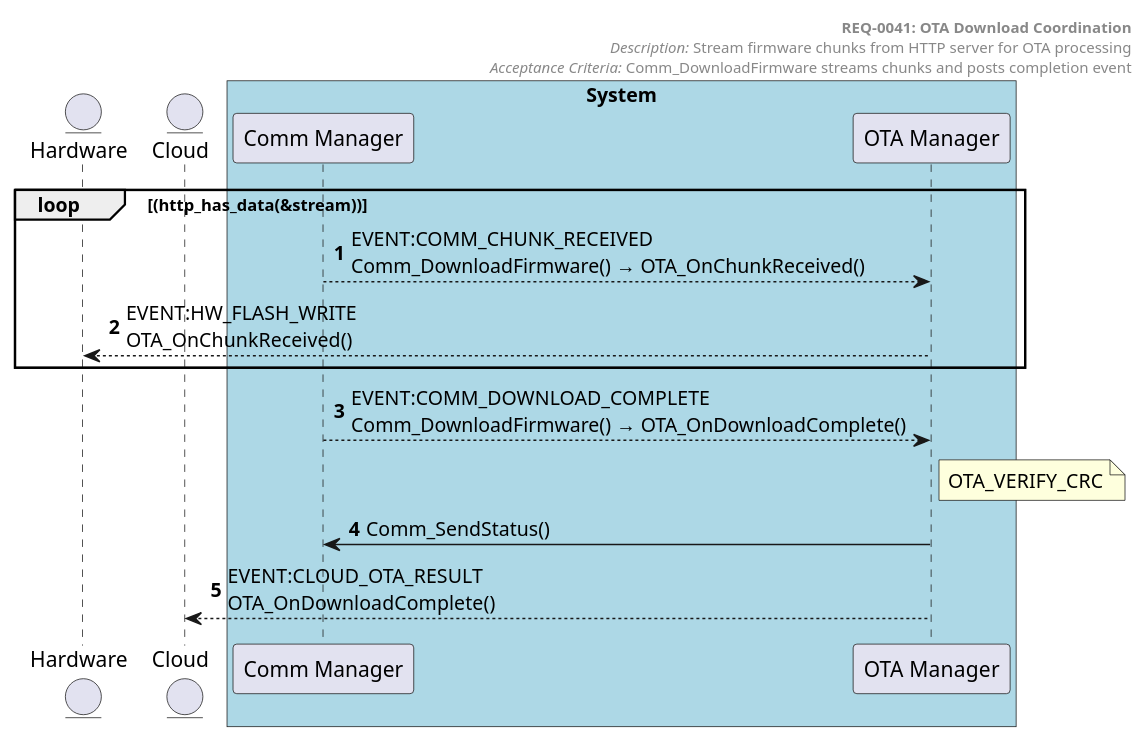
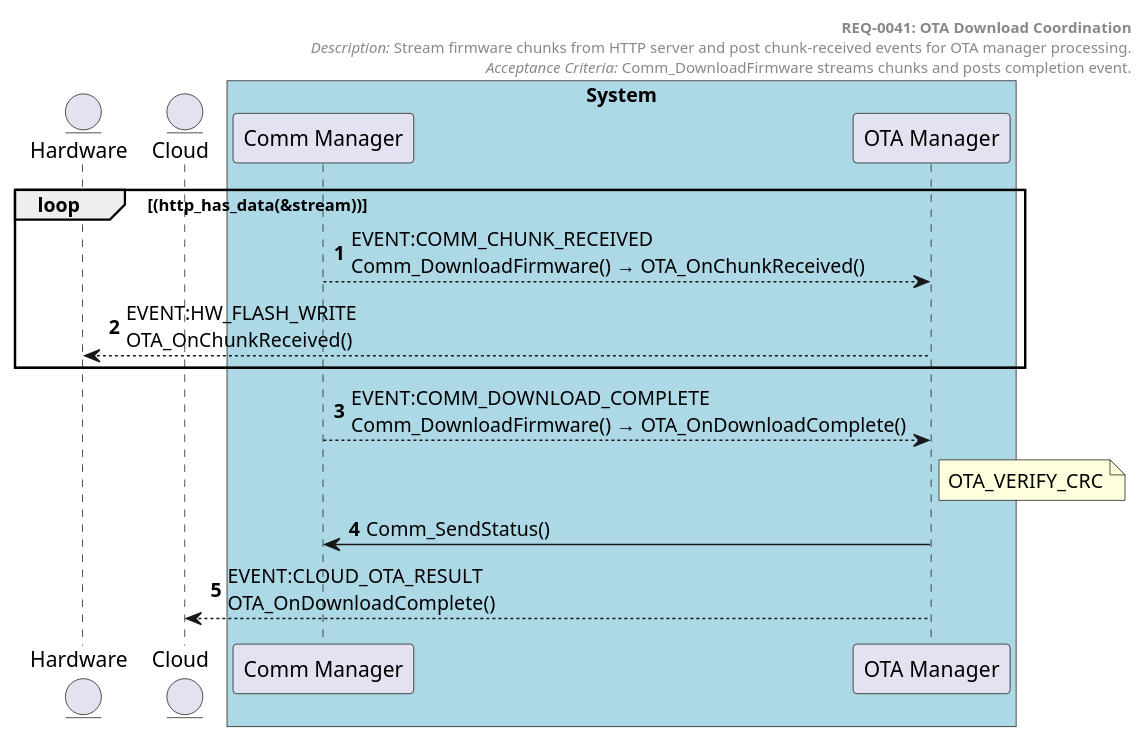
The diagram in docs/generated/sequences/REQ-0041.puml (tvanfossen/doxygen-guard-example), drawn with PlantUML before and after one commit. The commit also changed 19 other files, not shown here.

```diff
--- a/docs/generated/sequences/REQ-0041.puml
+++ b/docs/generated/sequences/REQ-0041.puml
@@ -1,28 +1,28 @@
 @startuml REQ-0041 OTA Download Coordination
 autonumber
 
 entity "Hardware" as Hardware
 entity "Cloud" as Cloud
 
 box "System" #LightBlue
   participant "Comm Manager" as Comm_Manager
   participant "OTA Manager" as OTA_Manager
 end box
 
 header
   **REQ-0041: OTA Download Coordination**
-  //Description:// Stream firmware chunks from HTTP server for OTA processing
-  //Acceptance Criteria:// Comm_DownloadFirmware streams chunks and posts completion event
+  //Description:// Stream firmware chunks from HTTP server and post chunk-received events for OTA manager processing.
+  //Acceptance Criteria:// Comm_DownloadFirmware streams chunks and posts completion event.
 end header
 
 
 loop (http_has_data(&stream))
 Comm_Manager --> OTA_Manager: EVENT:COMM_CHUNK_RECEIVED\nComm_DownloadFirmware() → OTA_OnChunkReceived()
 OTA_Manager --> Hardware: EVENT:HW_FLASH_WRITE\nOTA_OnChunkReceived()
 end loop
 Comm_Manager --> OTA_Manager: EVENT:COMM_DOWNLOAD_COMPLETE\nComm_DownloadFirmware() → OTA_OnDownloadComplete()
 note right of OTA_Manager: OTA_VERIFY_CRC
 OTA_Manager -> Comm_Manager: Comm_SendStatus()
 OTA_Manager --> Cloud: EVENT:CLOUD_OTA_RESULT\nOTA_OnDownloadComplete()
 
 @enduml
```
